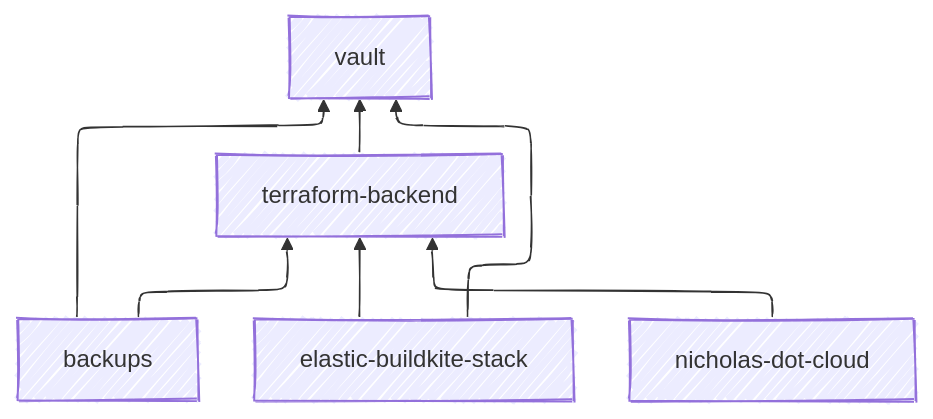
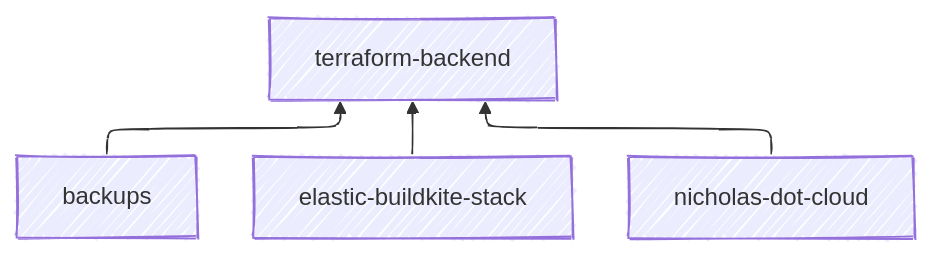
One commit to nchlswhttkr/hosting changed the diagram in README.md. Above: the diagram before and after it, drawn with Mermaid. The commit also changed other lines of this file and 4 other files, not shown here.

First line of the commit message:
Stop managing Vault backends from Terraform

````diff
--- a/README.md
+++ b/README.md
@@ -33,14 +32,11 @@
 ```mermaid
 ---
 config:
   look: handDrawn
 ---
 
 flowchart-elk BT
   backups --> terraform-backend
-  backups --> vault
   elastic-buildkite-stack --> terraform-backend
-  elastic-buildkite-stack --> vault
   nicholas-dot-cloud --> terraform-backend
-  terraform-backend --> vault
 ```
````
